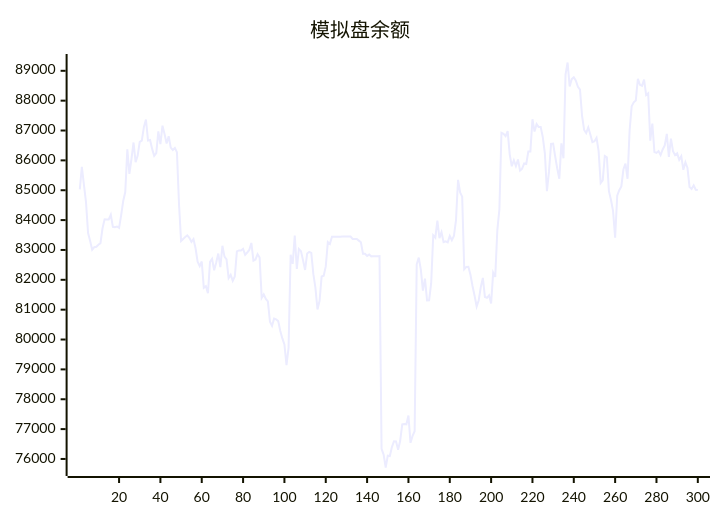
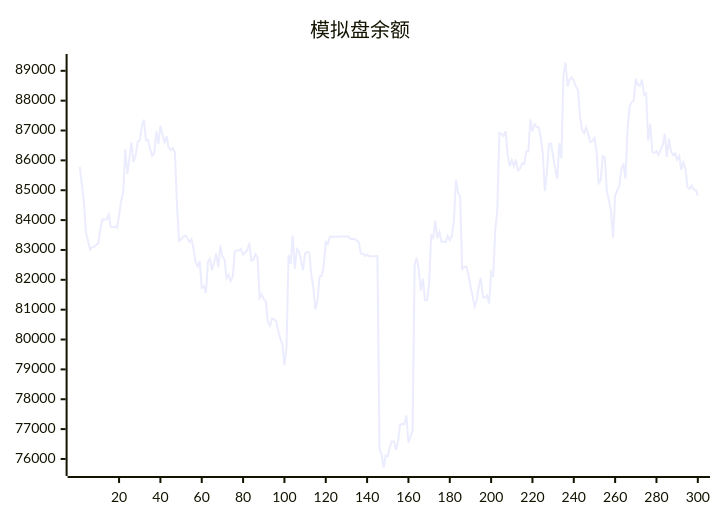
One commit to aahl/ai-trading changed the diagram in README.md. Above: the diagram before and after it, drawn with Mermaid. The commit also changed other lines of this file and 1 other file, not shown here.

````diff
--- a/README.md
+++ b/README.md
@@ -5,5 +5,5 @@
 ```mermaid
 xychart
     title "模拟盘余额"
-    line [85030,85781,85178,84604,83569,83298,83008,83093,83107,83175,83228,83729,84025,84017,84019,84177,83775,83762,83785,83738,84160,84639,84939,86370,85548,86046,86599,85942,86161,86622,86664,87115,87369,86666,86685,86384,86152,86243,86969,86548,87164,86885,86566,86809,86427,86348,86417,86273,84538,83299,83369,83430,83490,83404,83270,83362,83056,82605,82459,82614,81734,81788,81551,82598,82702,82320,82580,82878,82426,83139,82778,82686,82056,82166,81963,82110,82951,82983,82984,83038,82838,82915,82998,83235,82642,82682,82858,82746,81396,81512,81362,81277,80600,80461,80699,80673,80616,80288,80038,79836,79142,79722,82837,82533,83480,82366,83032,82960,82654,82330,82883,82934,82901,82188,81728,81005,81298,82110,82135,82449,83264,83203,83440,83439,83440,83440,83446,83447,83448,83447,83448,83449,83369,83369,83369,83313,83256,82872,82873,82801,82844,82785,82791,82791,82793,82794,76339,76145,75714,76110,76096,76397,76594,76585,76310,76607,77160,77170,77160,77456,76541,76774,76927,82520,82744,82337,81639,82040,81307,81314,81887,83490,83414,83984,83396,83594,83261,83287,83253,83470,83327,83465,83987,85348,84930,84786,82355,82433,82438,82167,81795,81466,81105,81315,81756,82064,81426,81398,81481,81210,82242,82099,83658,84359,86925,86892,86814,86980,86203,85802,86003,85811,86028,85657,85721,85896,85880,86300,86299,87378,86965,87214,87115,87118,86780,86238,84966,85623,86555,86562,86129,85722,85387,86569,86070,88870,89278,88477,88720,88781,88668,88467,88372,87493,87018,86917,87102,86870,86613,86644,86758,86317,85242,85334,86149,86106,84968,84671,84302,83410,84816,85001,85127,85693,85891,85384,87001,87811,87945,88007,88734,88528,88495,88705,88189,88248,86662,87234,86279,86251,86314,86177,86364,86503,86886,86114,86731,86310,86176,86240,86017,86136,85685,85938,85749,85111,85044,85164,85016,85008]
+    line [85781,85178,84604,83569,83298,83008,83093,83107,83175,83228,83729,84025,84017,84019,84177,83775,83762,83785,83738,84160,84639,84939,86370,85548,86046,86599,85942,86161,86622,86664,87115,87369,86666,86685,86384,86152,86243,86969,86548,87164,86885,86566,86809,86427,86348,86417,86273,84538,83299,83369,83430,83490,83404,83270,83362,83056,82605,82459,82614,81734,81788,81551,82598,82702,82320,82580,82878,82426,83139,82778,82686,82056,82166,81963,82110,82951,82983,82984,83038,82838,82915,82998,83235,82642,82682,82858,82746,81396,81512,81362,81277,80600,80461,80699,80673,80616,80288,80038,79836,79142,79722,82837,82533,83480,82366,83032,82960,82654,82330,82883,82934,82901,82188,81728,81005,81298,82110,82135,82449,83264,83203,83440,83439,83440,83440,83446,83447,83448,83447,83448,83449,83369,83369,83369,83313,83256,82872,82873,82801,82844,82785,82791,82791,82793,82794,76339,76145,75714,76110,76096,76397,76594,76585,76310,76607,77160,77170,77160,77456,76541,76774,76927,82520,82744,82337,81639,82040,81307,81314,81887,83490,83414,83984,83396,83594,83261,83287,83253,83470,83327,83465,83987,85348,84930,84786,82355,82433,82438,82167,81795,81466,81105,81315,81756,82064,81426,81398,81481,81210,82242,82099,83658,84359,86925,86892,86814,86980,86203,85802,86003,85811,86028,85657,85721,85896,85880,86300,86299,87378,86965,87214,87115,87118,86780,86238,84966,85623,86555,86562,86129,85722,85387,86569,86070,88870,89278,88477,88720,88781,88668,88467,88372,87493,87018,86917,87102,86870,86613,86644,86758,86317,85242,85334,86149,86106,84968,84671,84302,83410,84816,85001,85127,85693,85891,85384,87001,87811,87945,88007,88734,88528,88495,88705,88189,88248,86662,87234,86279,86251,86314,86177,86364,86503,86886,86114,86731,86310,86176,86240,86017,86136,85685,85938,85749,85111,85044,85164,85016,85008,84824]
 ```
````
